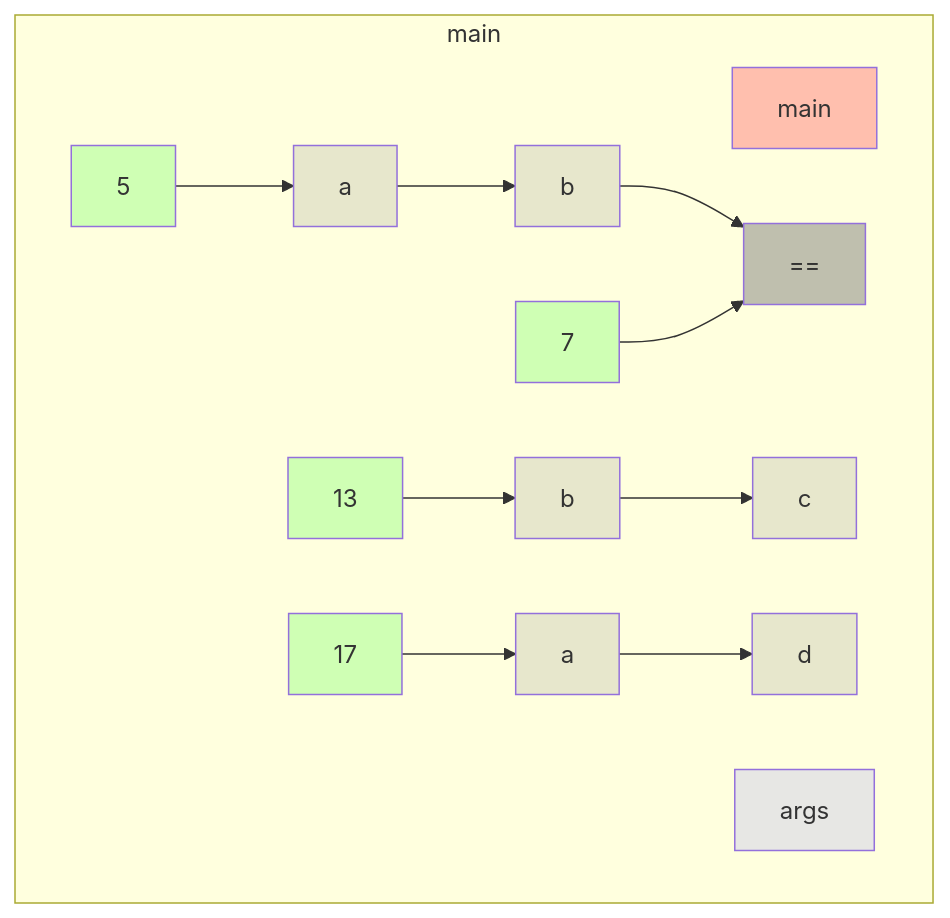
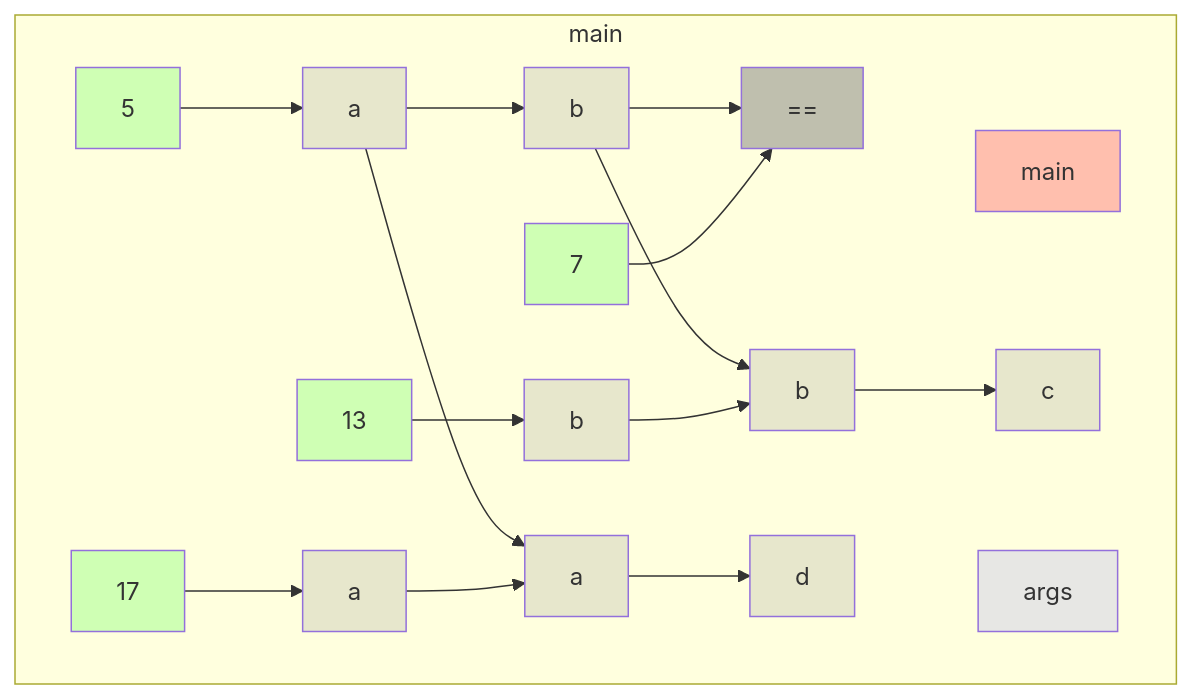
The diagram in app/src/test/resources/if1/truth.md (gstiebler/codeflow), drawn with Mermaid before and after one commit. The commit also changed 7 other files, not shown here.

````diff
--- a/app/src/test/resources/if1/truth.md
+++ b/app/src/test/resources/if1/truth.md
@@ -1,33 +1,39 @@
 ```mermaid
 flowchart TD
   subgraph b0["main"]
     n1[main]:::RETURN
     n2[args]:::FUNC_PARAM
     n3[5]:::LITERAL
     n4[a]:::VARIABLE
     n5[b]:::VARIABLE
     n6[7]:::LITERAL
     n7[==]:::BIN_OP
     n8[13]:::LITERAL
     n9[b]:::VARIABLE
     n10[17]:::LITERAL
     n11[a]:::VARIABLE
-    n12[c]:::VARIABLE
-    n13[d]:::VARIABLE
+    n12[a]:::VARIABLE
+    n13[b]:::VARIABLE
+    n14[c]:::VARIABLE
+    n15[d]:::VARIABLE
     n3[5]:::LITERAL --> n4[a]:::VARIABLE
     n4[a]:::VARIABLE --> n5[b]:::VARIABLE
+    n4[a]:::VARIABLE --> n12[a]:::VARIABLE
     n5[b]:::VARIABLE --> n7[==]:::BIN_OP
+    n5[b]:::VARIABLE --> n13[b]:::VARIABLE
     n6[7]:::LITERAL --> n7[==]:::BIN_OP
     n8[13]:::LITERAL --> n9[b]:::VARIABLE
-    n9[b]:::VARIABLE --> n12[c]:::VARIABLE
+    n9[b]:::VARIABLE --> n13[b]:::VARIABLE
     n10[17]:::LITERAL --> n11[a]:::VARIABLE
-    n11[a]:::VARIABLE --> n13[d]:::VARIABLE
+    n11[a]:::VARIABLE --> n12[a]:::VARIABLE
+    n12[a]:::VARIABLE --> n15[d]:::VARIABLE
+    n13[b]:::VARIABLE --> n14[c]:::VARIABLE
   end
   classDef LITERAL fill:#00FF0030
   classDef VARIABLE fill:#80808030
   classDef BIN_OP fill:#80808080
   classDef FUNC_PARAM fill:#8080FF30
   classDef RETURN fill:#FF808080
   classDef EXTERNAL fill:#FFA50040
   classDef UNMODELLED fill:#FF000030,stroke-dasharray: 4 2
 ```
````
